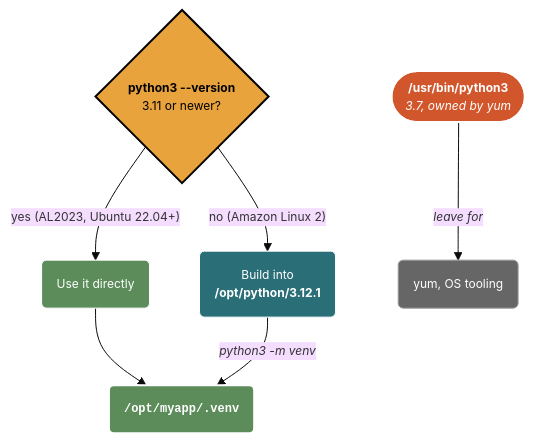
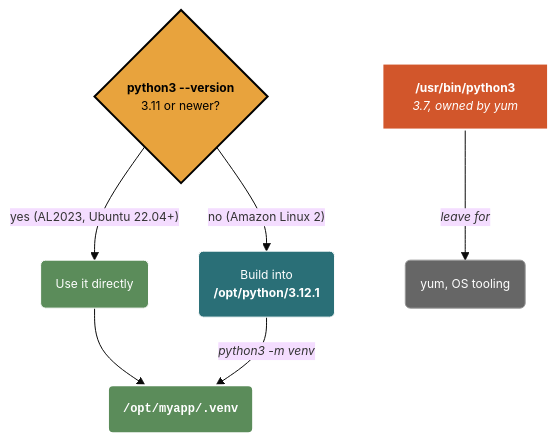
Before and after one commit to mjfrigaard/do4ds-labs: the fifth of 6 diagrams in install-apps.qmd, drawn with Mermaid. The commit also changed other lines of this file and 69 other files, not shown here.

Commit message:
style review fixes; mermaid look; lab07 model scripts and workflow deps

````diff
--- a/install-apps.qmd
+++ b/install-apps.qmd
@@ -469,26 +491,26 @@
 ```{mermaid}
 %%| fig-cap: 'Which Python Runs the App'
 %%| fig-width: 8.0
 %%| fig-align: 'center'
-%%{init: {'theme': 'base', 'themeVariables': {'fontFamily': 'monospace', "fontSize":"12px"}}}%%
+%%{init: {'theme': 'base', 'look': 'classic', 'themeVariables': {'fontFamily': 'monospace', "fontSize":"12px"}}}%%
 
 graph TD
     Check{"<strong>python3 --version</strong><br/>3.11 or newer?"}
     Yes("Use it directly")
     Build("Build into<br/><strong>/opt/python/3.12.1</strong>")
     Venv("<strong>/opt/myapp/.venv</strong>")
-    Sys(["<strong>/usr/bin/python3</strong><br/><em>3.7, owned by yum</em>"])
+    Sys["<strong>/usr/bin/python3</strong><br/><em>3.7, owned by yum</em>"]
 
     Check --"yes (AL2023, Ubuntu 22.04+)"--> Yes
     Check --"no (Amazon Linux 2)"--> Build
     Yes --> Venv
     Build --"<em>python3 -m venv</em>"--> Venv
     Sys --"<em>leave for</em>"--> Yum("yum, OS tooling")
 
     style Check fill:#e8a33d,stroke:#000,stroke-width:2px,color:#000
     style Yes fill:#5b8c5a,stroke:#fff,stroke-width:1px,color:#fff
     style Build fill:#2a6f77,stroke:#fff,stroke-width:1px,color:#fff
     style Venv fill:#5b8c5a,stroke:#fff,stroke-width:2px,color:#fff,font-family:monospace
     style Sys fill:#d2562b,stroke:#fff,stroke-width:2px,color:#fff
     style Yum fill:#666,stroke:#999,stroke-width:1px,color:#fff
 ```
````
